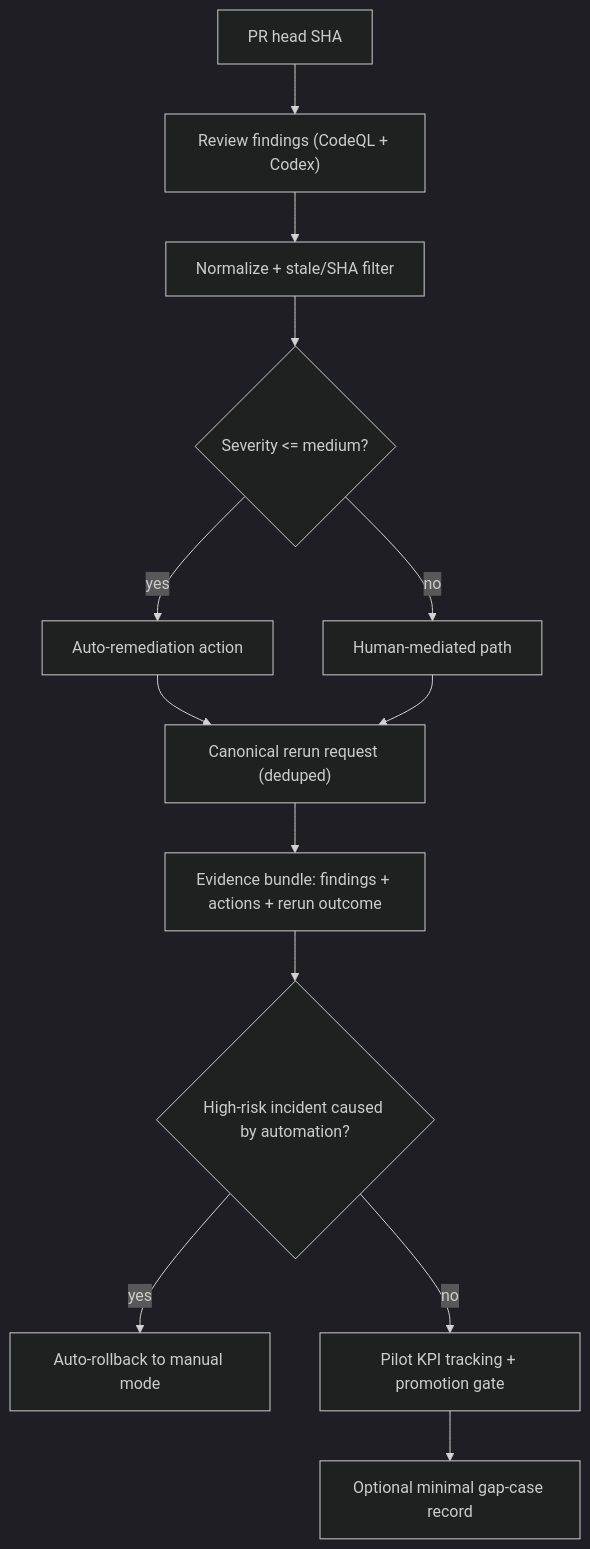
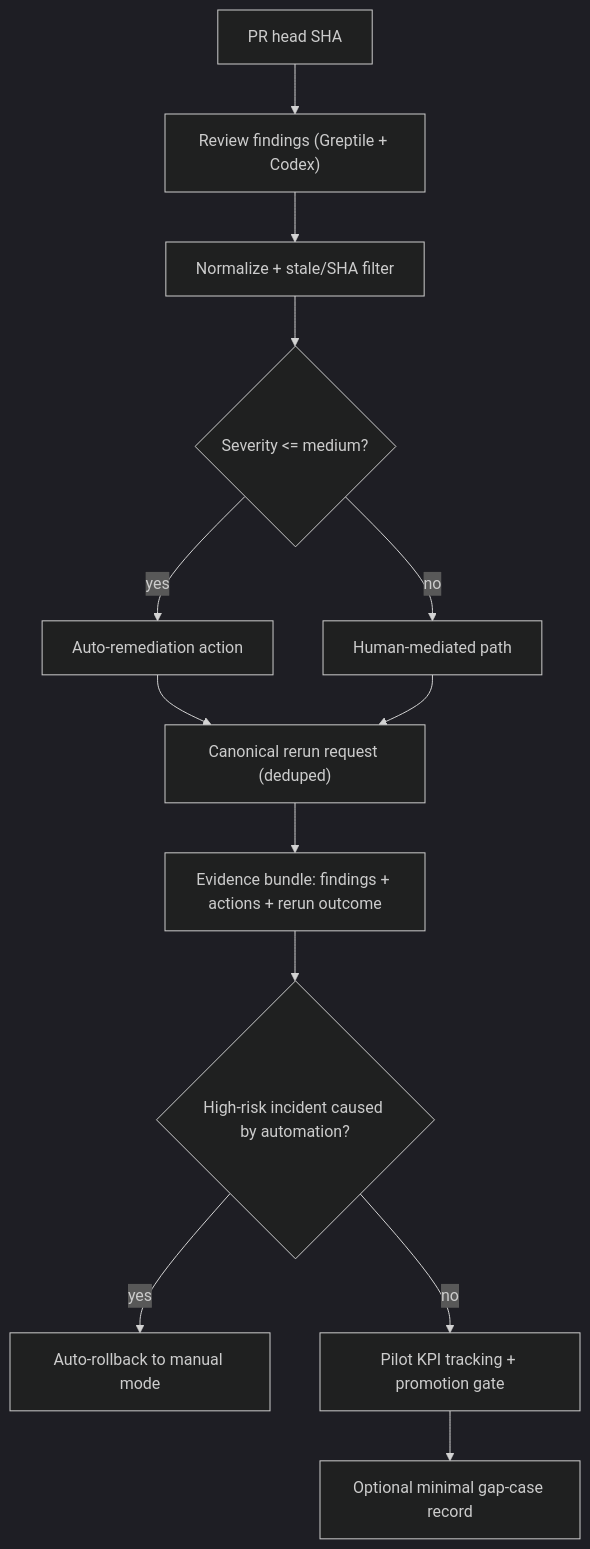
One commit to jscraik/coding-harness changed the diagram in docs/plans/2026-02-25-feat-agent-first-throughput-v1-pilot-plan.md. Above: the diagram before and after it, drawn with Mermaid (dark theme). The commit also changed other lines of this file, not shown here.

First line of the commit message:
docs: switch to greptile codex scope

````diff
--- a/docs/plans/2026-02-25-feat-agent-first-throughput-v1-pilot-plan.md
+++ b/docs/plans/2026-02-25-feat-agent-first-throughput-v1-pilot-plan.md
@@ -424,15 +424,15 @@
 ```mermaid
 flowchart TD
-  A["PR head SHA"] --> B["Review findings (CodeQL + Codex)"]
+  A["PR head SHA"] --> B["Review findings (Greptile + Codex)"]
   B --> C["Normalize + stale/SHA filter"]
   C --> D{"Severity <= medium?"}
   D -- yes --> E["Auto-remediation action"]
   D -- no --> F["Human-mediated path"]
   E --> G["Canonical rerun request (deduped)"]
   F --> G
   G --> H["Evidence bundle: findings + actions + rerun outcome"]
   H --> I{"High-risk incident caused by automation?"}
   I -- yes --> J["Auto-rollback to manual mode"]
   I -- no --> K["Pilot KPI tracking + promotion gate"]
   K --> L["Optional minimal gap-case record"]
 ```
````
